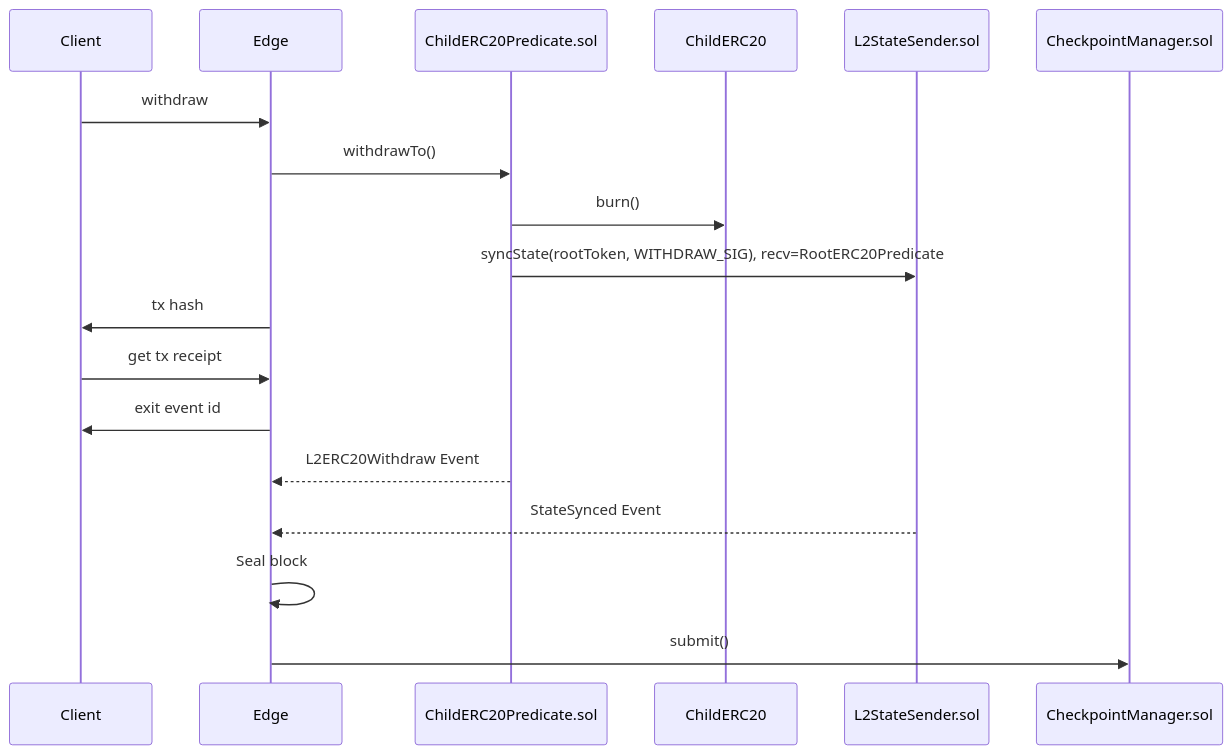
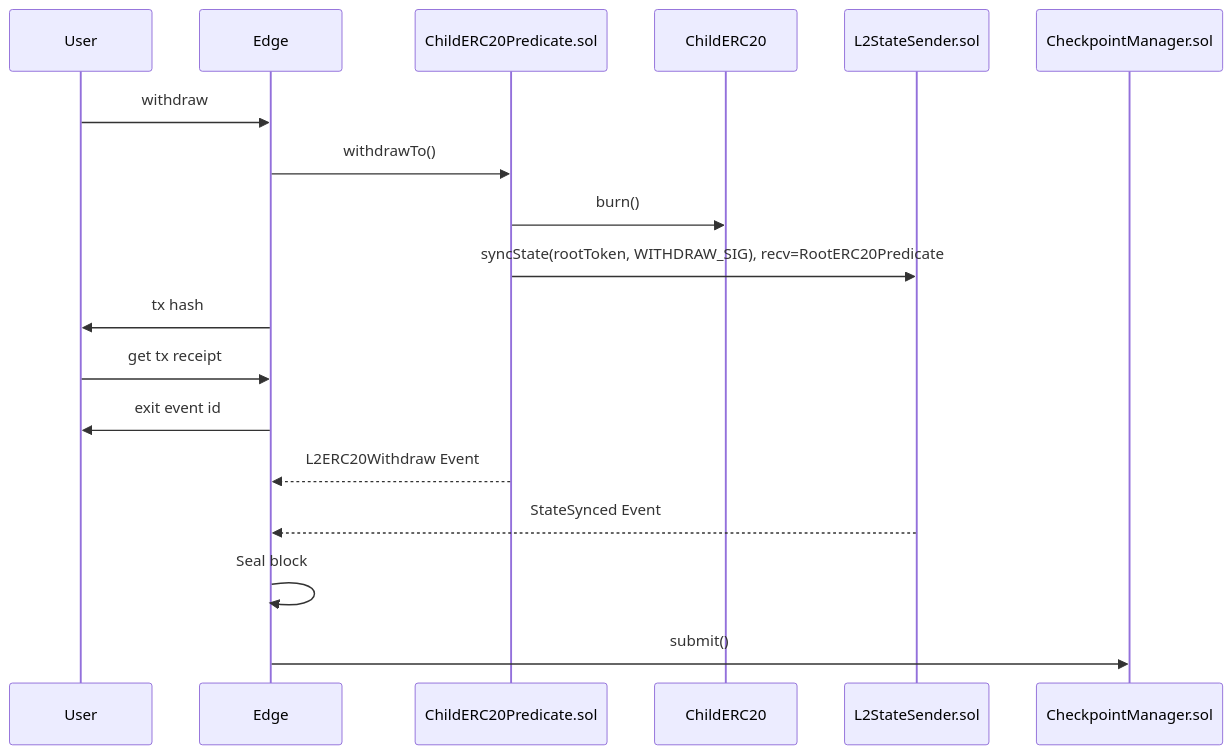
The second of 3 diagrams in docs/bridge/sequences.md (0xPolygon/polygon-edge), drawn with Mermaid before and after one commit. The commit also changed other lines of this file, not shown here.

Commit message:
Rename Client to User

````diff
--- a/docs/bridge/sequences.md
+++ b/docs/bridge/sequences.md
@@ -25,14 +25,14 @@
 ```mermaid
 sequenceDiagram
-	Client->>Edge: withdraw
+	User->>Edge: withdraw
 	Edge->>ChildERC20Predicate.sol: withdrawTo()
 	ChildERC20Predicate.sol->>ChildERC20: burn()
 	ChildERC20Predicate.sol->>L2StateSender.sol: syncState(rootToken, WITHDRAW_SIG), recv=RootERC20Predicate
-	Edge->>Client: tx hash
-	Client->>Edge: get tx receipt
-	Edge->>Client: exit event id
+	Edge->>User: tx hash
+	User->>Edge: get tx receipt
+	Edge->>User: exit event id
 	ChildERC20Predicate.sol-->>Edge: L2ERC20Withdraw Event
 	L2StateSender.sol-->>Edge: StateSynced Event
 	Edge->>Edge: Seal block
 	Edge->>CheckpointManager.sol: submit()
 ```
````
